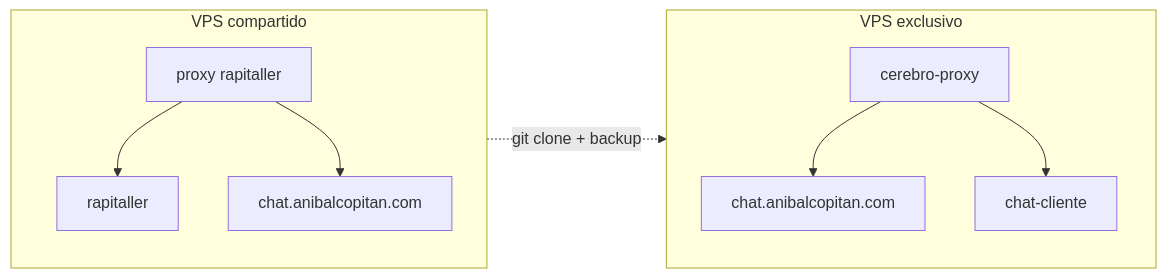
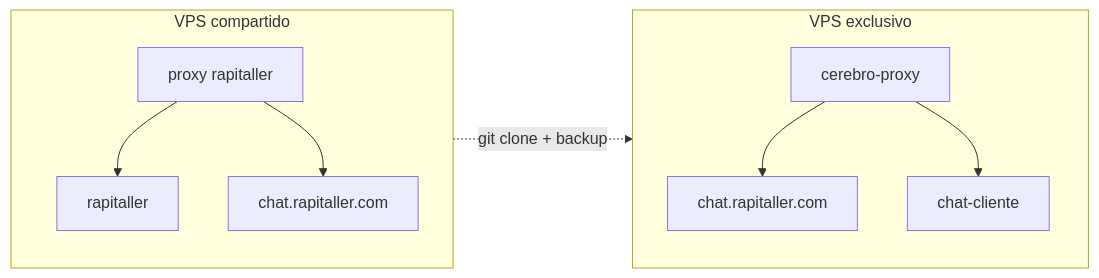
One commit to enlacee/cerebro-os changed the second of 2 diagrams in ARQUITECTURA.md. Above: the diagram before and after it, drawn with Mermaid. The commit also changed other lines of this file and 128 other files, not shown here.

First line of the commit message:
refactor: chat.rapitaller.com queda como instancia única

````diff
--- a/ARQUITECTURA.md
+++ b/ARQUITECTURA.md
@@ -111,12 +111,12 @@
 ```mermaid
 flowchart LR
     subgraph Hoy["VPS compartido"]
         NP[proxy rapitaller] --> R[rapitaller]
-        NP --> C1[chat.anibalcopitan.com]
+        NP --> C1[chat.rapitaller.com]
     end
     subgraph Luego["VPS exclusivo"]
-        CP[cerebro-proxy] --> C2[chat.anibalcopitan.com]
+        CP[cerebro-proxy] --> C2[chat.rapitaller.com]
         CP --> C3[chat-cliente]
     end
     Hoy -. git clone + backup .-> Luego
 ```
````
